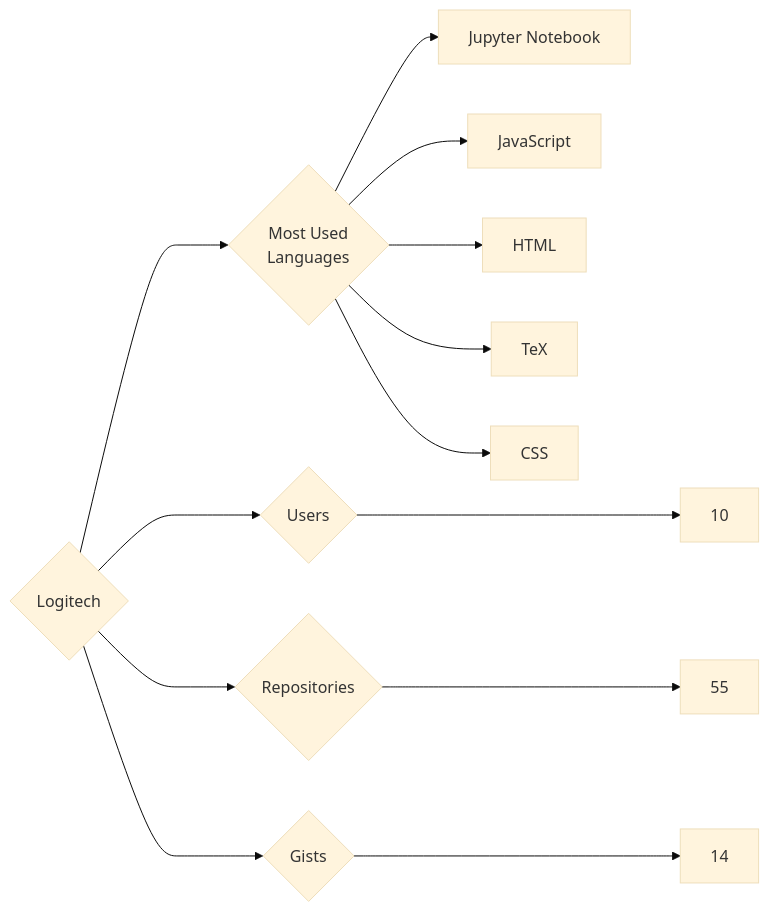
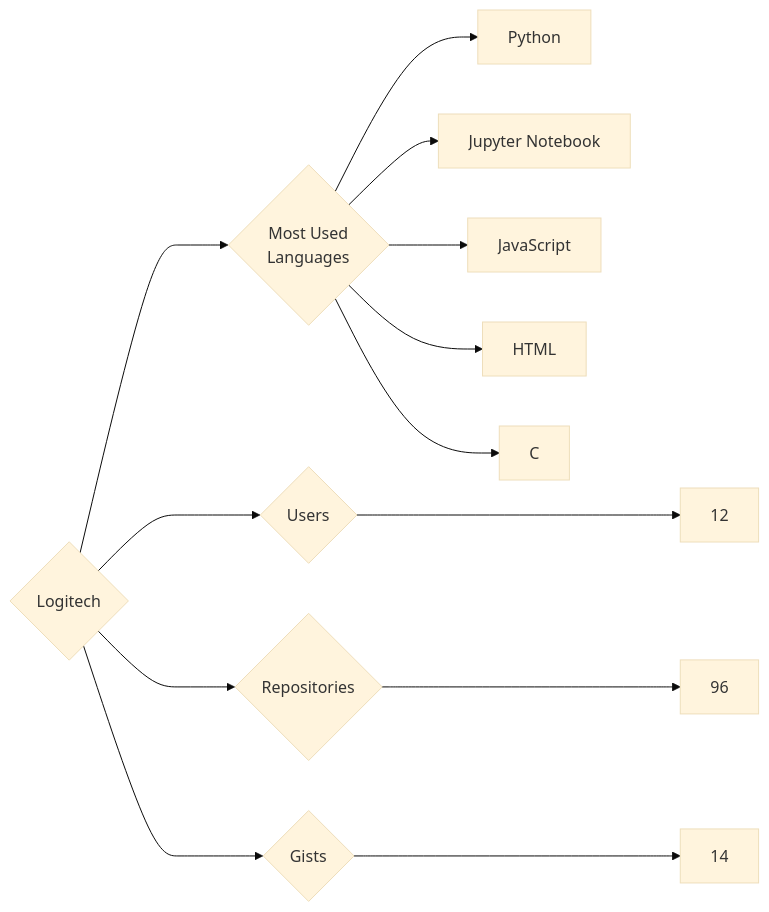
One commit to trickest/insiders changed the diagram in targets/Logitech/README.md. Above: the diagram before and after it, drawn with Mermaid (base theme). The commit also changed 953 other files, not shown here.

````diff
--- a/targets/Logitech/README.md
+++ b/targets/Logitech/README.md
@@ -3,13 +3,13 @@
 ```mermaid
 graph LR
 COMPANY_NAME{Logitech}
-COMPANY_NAME ---> U{Users} ---> UN[10]
-COMPANY_NAME ---> R{Repositories} ---> RN[55]
+COMPANY_NAME ---> U{Users} ---> UN[12]
+COMPANY_NAME ---> R{Repositories} ---> RN[96]
 COMPANY_NAME ---> G{Gists} ---> GN[14]
 COMPANY_NAME ---> ML{Most Used<br>Languages}
+ML --> Python[Python]
 ML --> Jupyter_Notebook[Jupyter Notebook]
 ML --> JavaScript[JavaScript]
 ML --> HTML[HTML]
-ML --> TeX[TeX]
-ML --> CSS[CSS]
+ML --> C[C]
 ```
````
